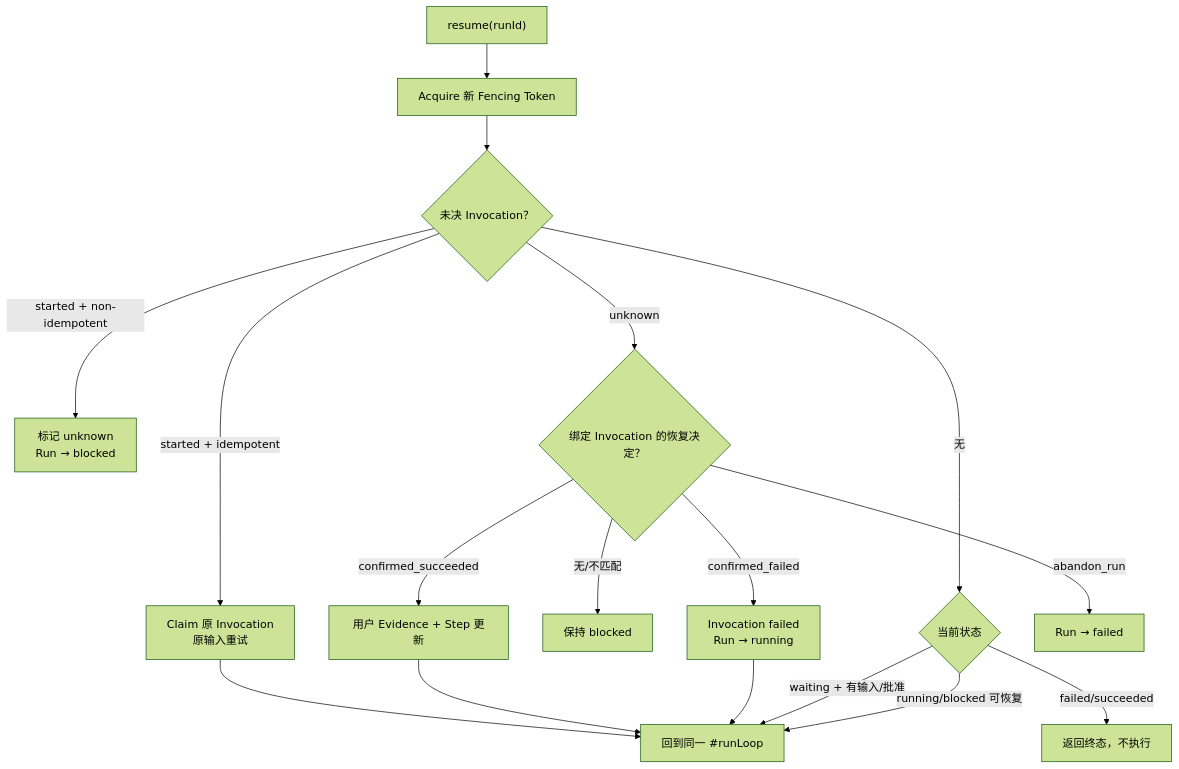
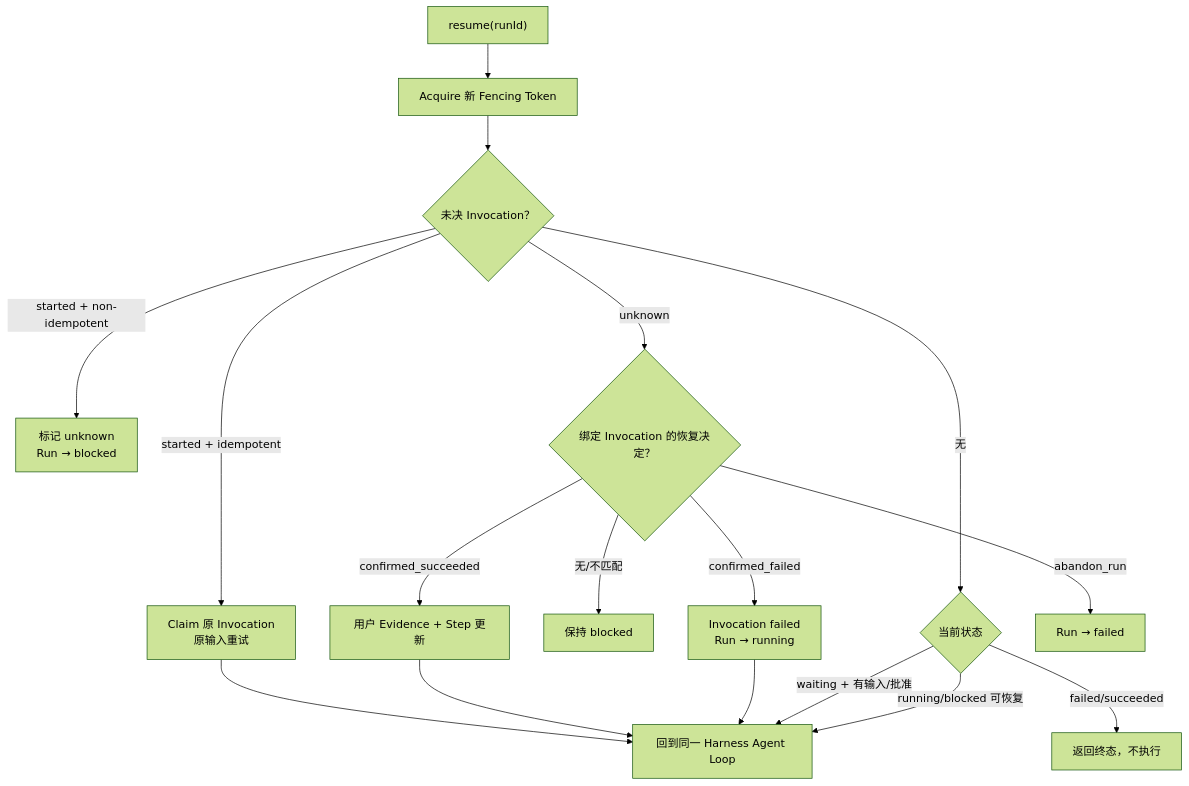
One commit to Atman-Angle/Nexora-Agent changed the third of 3 diagrams in DATA_FLOW.md. Above: the diagram before and after it, drawn with Mermaid (forest theme). The commit also changed other lines of this file and 300 other files, not shown here.

````diff
--- a/DATA_FLOW.md
+++ b/DATA_FLOW.md
@@ -135,19 +137,19 @@
 ```mermaid
 flowchart TD
     RESUME["resume(runId)"] --> LEASE["Acquire 新 Fencing Token"]
     LEASE --> UNRESOLVED{"未决 Invocation？"}
     UNRESOLVED -- "无" --> STATUS{"当前状态"}
     UNRESOLVED -- "started + idempotent" --> RETRY["Claim 原 Invocation<br/>原输入重试"]
     UNRESOLVED -- "started + non-idempotent" --> UNKNOWN["标记 unknown<br/>Run → blocked"]
     UNRESOLVED -- "unknown" --> DECISION{"绑定 Invocation 的恢复决定？"}
     DECISION -- "无/不匹配" --> BLOCKED["保持 blocked"]
     DECISION -- "confirmed_succeeded" --> CONFIRM["用户 Evidence + Step 更新"]
     DECISION -- "confirmed_failed" --> CONTINUE["Invocation failed<br/>Run → running"]
     DECISION -- "abandon_run" --> ABANDON["Run → failed"]
-    RETRY --> LOOP["回到同一 #runLoop"]
+    RETRY --> LOOP["回到同一 Harness Agent Loop"]
     CONFIRM --> LOOP
     CONTINUE --> LOOP
     STATUS -- "waiting + 有输入/批准" --> LOOP
     STATUS -- "running/blocked 可恢复" --> LOOP
     STATUS -- "failed/succeeded" --> TERMINAL["返回终态，不执行"]
 ```
````
